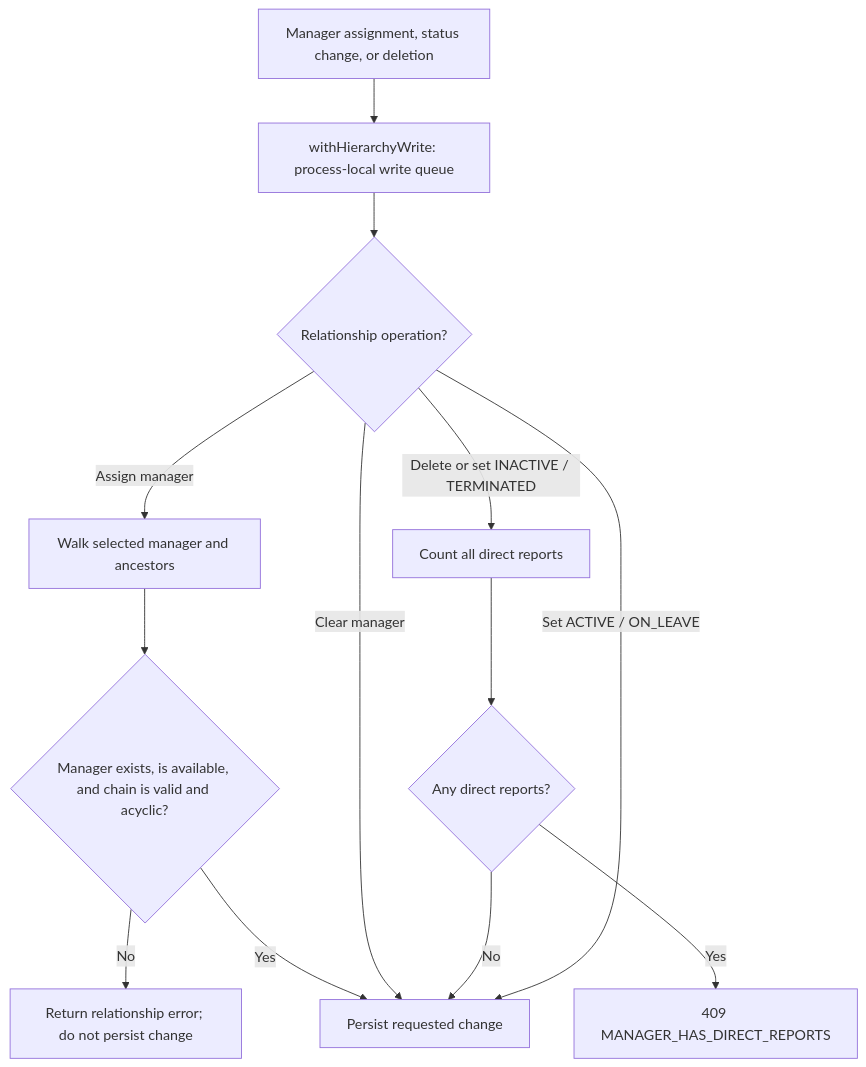
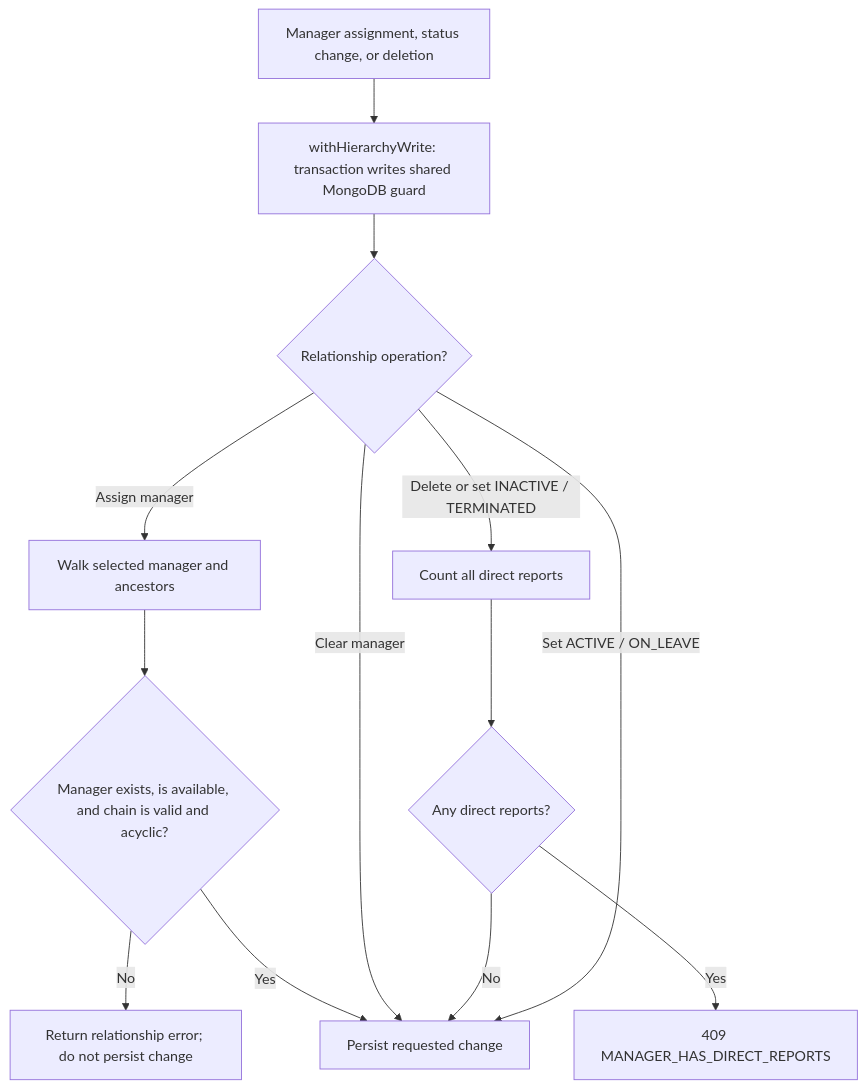
Diagram 16 of 52 in README.md (herve192-hub/WorkSphere), drawn with Mermaid before and after one commit. The commit also changed other lines of this file and 37 other files, not shown here.

````diff
--- a/README.md
+++ b/README.md
@@ -704,15 +706,15 @@
 ```mermaid
 flowchart TD
-    Change["Manager assignment, status change, or deletion"] --> Queue["withHierarchyWrite: process-local write queue"]
+    Change["Manager assignment, status change, or deletion"] --> Queue["withHierarchyWrite: transaction writes shared MongoDB guard"]
     Queue --> Type{"Relationship operation?"}
     Type -->|"Assign manager"| Chain["Walk selected manager and ancestors"]
     Chain --> Valid{"Manager exists, is available, and chain is valid and acyclic?"}
     Valid -->|No| Reject["Return relationship error; do not persist change"]
     Valid -->|Yes| Write["Persist requested change"]
     Type -->|"Clear manager"| Write
     Type -->|"Delete or set INACTIVE / TERMINATED"| Count["Count all direct reports"]
     Count --> Reports{"Any direct reports?"}
     Reports -->|Yes| Block["409 MANAGER_HAS_DIRECT_REPORTS"]
     Reports -->|No| Write
     Type -->|"Set ACTIVE / ON_LEAVE"| Write
 ```
````
